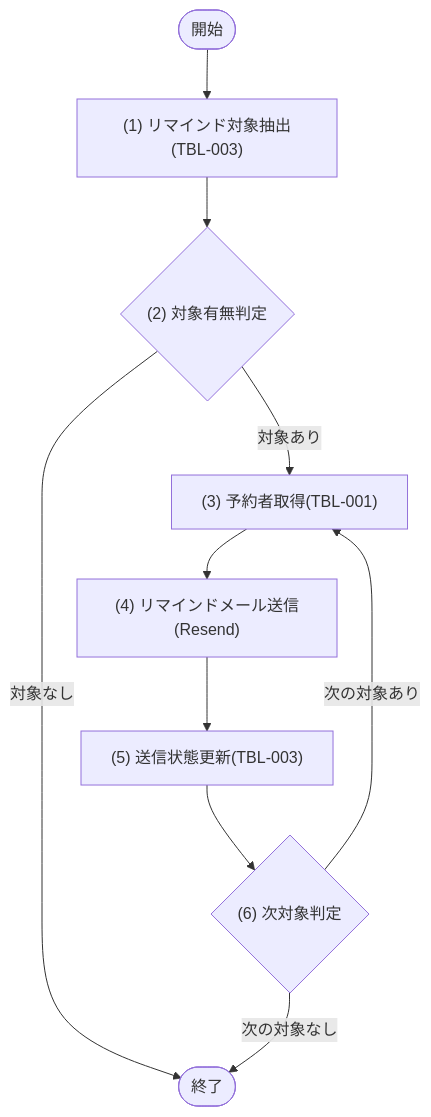
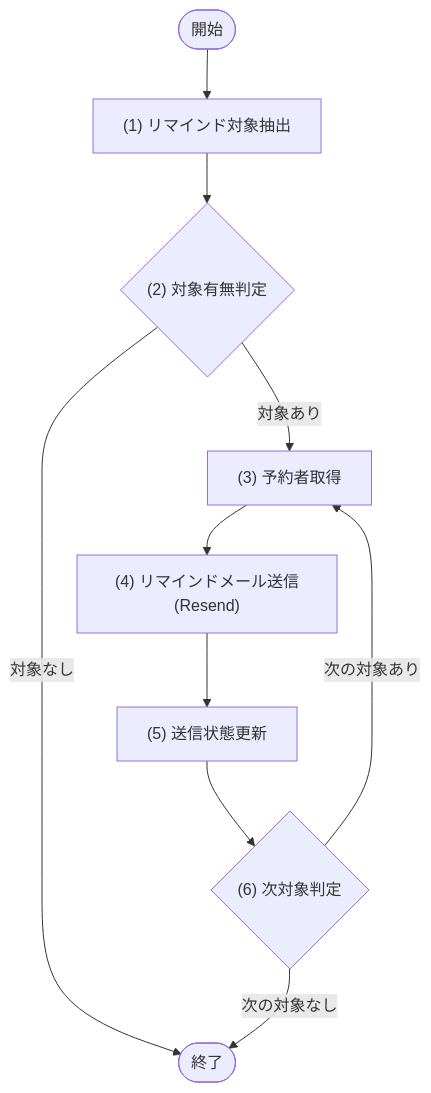
One commit to sikakou54/system-document-template changed the diagram in docs/02_機能設計/05_モジュール設計/MOD-006_通知サービス.md. Above: the diagram before and after it, drawn with Mermaid. The commit also changed other lines of this file and 128 other files, not shown here.

````diff
--- a/docs/02_機能設計/05_モジュール設計/MOD-006_通知サービス.md
+++ b/docs/02_機能設計/05_モジュール設計/MOD-006_通知サービス.md
@@ -30,17 +48,17 @@
 ```mermaid
 flowchart TD
   Start([開始])
-  P1["(1) リマインド対象抽出(TBL-003)"]
+  P1["(1) リマインド対象抽出"]
   D1{"(2) 対象有無判定"}
-  P2["(3) 予約者取得(TBL-001)"]
+  P2["(3) 予約者取得"]
   P3["(4) リマインドメール送信(Resend)"]
-  P4["(5) 送信状態更新(TBL-003)"]
+  P4["(5) 送信状態更新"]
   D2{"(6) 次対象判定"}
   End([終了])
 
   Start --> P1 --> D1
   D1 -- "対象なし" --> End
   D1 -- "対象あり" --> P2 --> P3 --> P4 --> D2
   D2 -- "次の対象あり" --> P2
   D2 -- "次の対象なし" --> End
 ```
````
